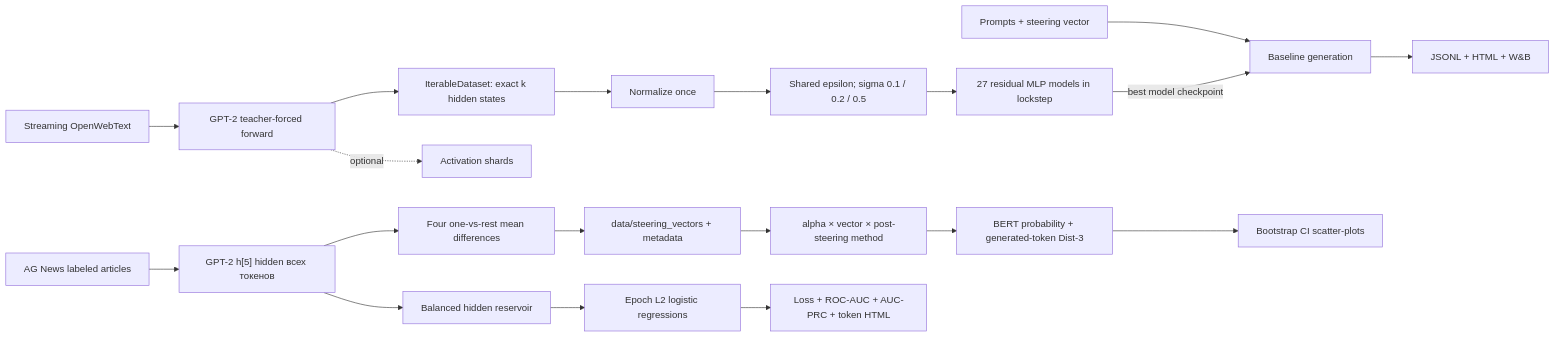
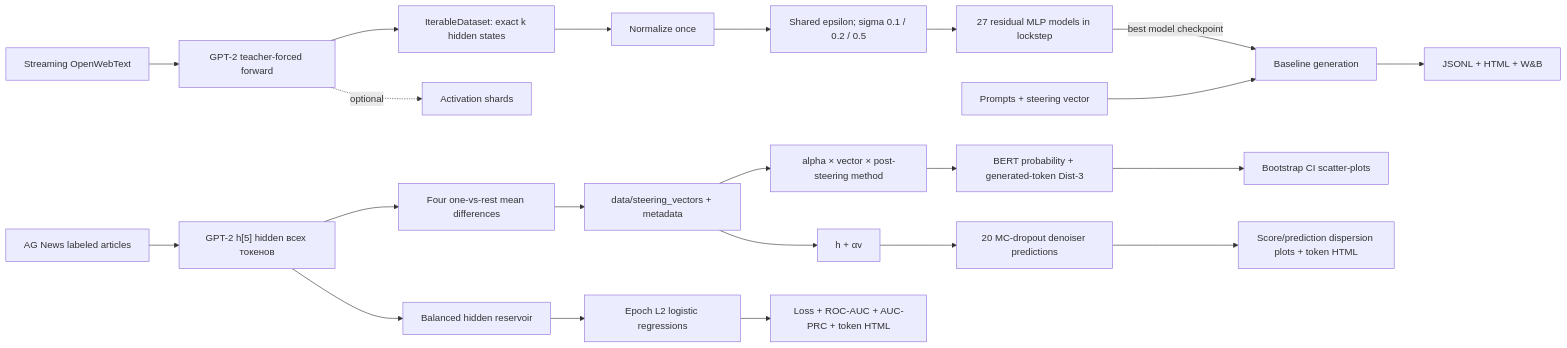
The diagram in docs/architecture.md (MichaelNotDeveloper/steering-recovery), drawn with Mermaid before and after one commit. The commit also changed other lines of this file and 21 other files, not shown here.

````diff
--- a/docs/architecture.md
+++ b/docs/architecture.md
@@ -59,21 +62,24 @@
 ```mermaid
 flowchart LR
     A["Streaming OpenWebText"] --> B["GPT-2 teacher-forced forward"]
     B --> C["IterableDataset: exact k hidden states"]
     C --> D["Normalize once"]
     D --> E["Shared epsilon; sigma 0.1 / 0.2 / 0.5"]
     E --> J["27 residual MLP models in lockstep"]
     B -. "optional" .-> I["Activation shards"]
     F["Prompts + steering vector"] --> G["Baseline generation"]
     J -->|"best model checkpoint"| G
     G --> H["JSONL + HTML + W&B"]
     K["AG News labeled articles"] --> L["GPT-2 h[5] hidden всех токенов"]
     L --> M["Four one-vs-rest mean differences"]
     M --> N["data/steering_vectors + metadata"]
     N --> O["alpha × vector × post-steering method"]
     O --> P["BERT probability + generated-token Dist-3"]
     P --> Q["Bootstrap CI scatter-plots"]
     L --> R["Balanced hidden reservoir"]
     R --> S["Epoch L2 logistic regressions"]
     S --> T["Loss + ROC-AUC + AUC-PRC + token HTML"]
+    N --> U["h + αv"]
+    U --> V["20 MC-dropout denoiser predictions"]
+    V --> W["Score/prediction dispersion plots + token HTML"]
 ```
````
